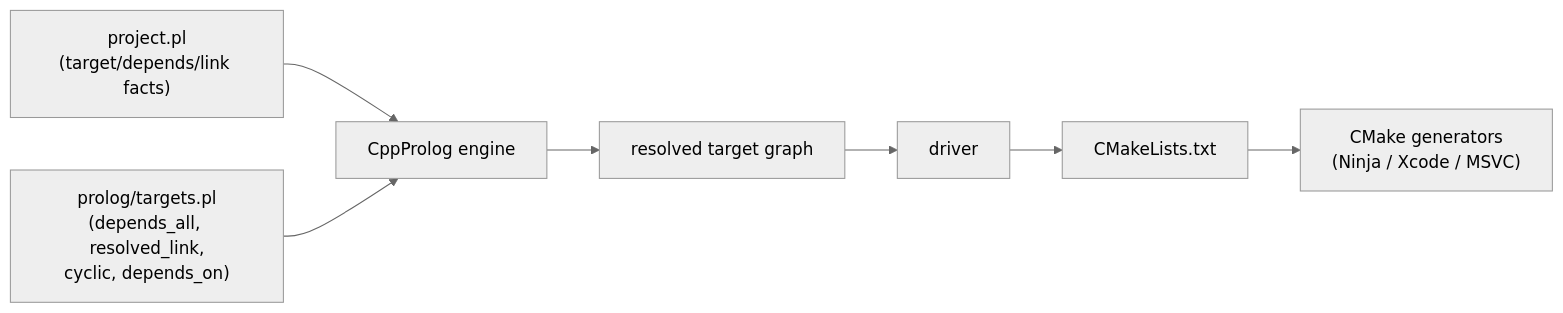
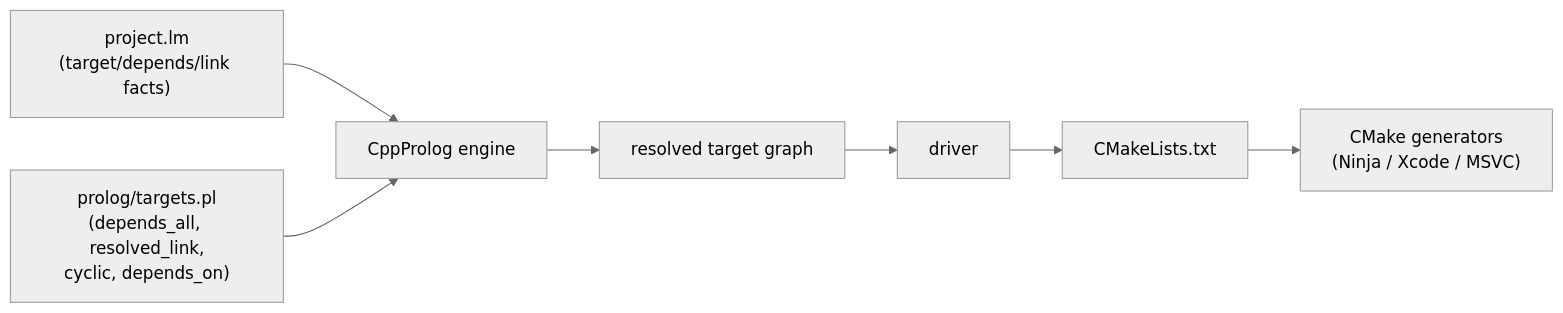
The first of 4 diagrams in README.md (cschladetsch/CppLogicMake), drawn with Mermaid (neutral theme) before and after one commit. The commit also changed other lines of this file and 27 other files, not shown here.

````diff
--- a/README.md
+++ b/README.md
@@ -73,9 +73,9 @@
 ```mermaid
 flowchart LR
-    A["project.pl<br/>(target/depends/link facts)"] --> C
+    A["project.lm<br/>(target/depends/link facts)"] --> C
     B["prolog/targets.pl<br/>(depends_all, resolved_link,<br/>cyclic, depends_on)"] --> C
     C[CppProlog engine] --> D[resolved target graph]
     D --> E[driver]
     E --> F[CMakeLists.txt]
     F --> G["CMake generators<br/>(Ninja / Xcode / MSVC)"]
 ```
````
